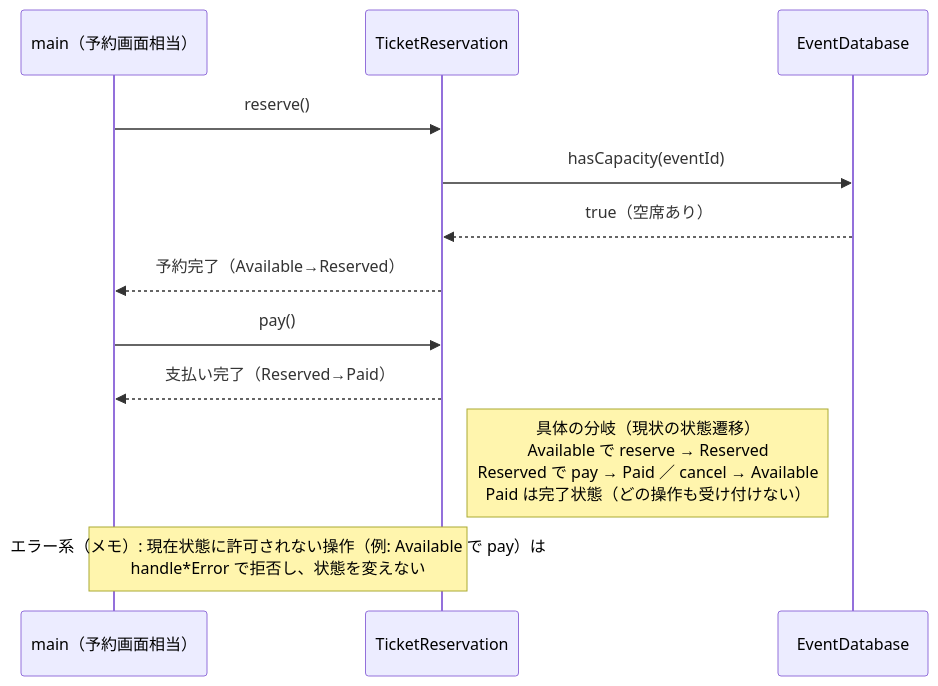
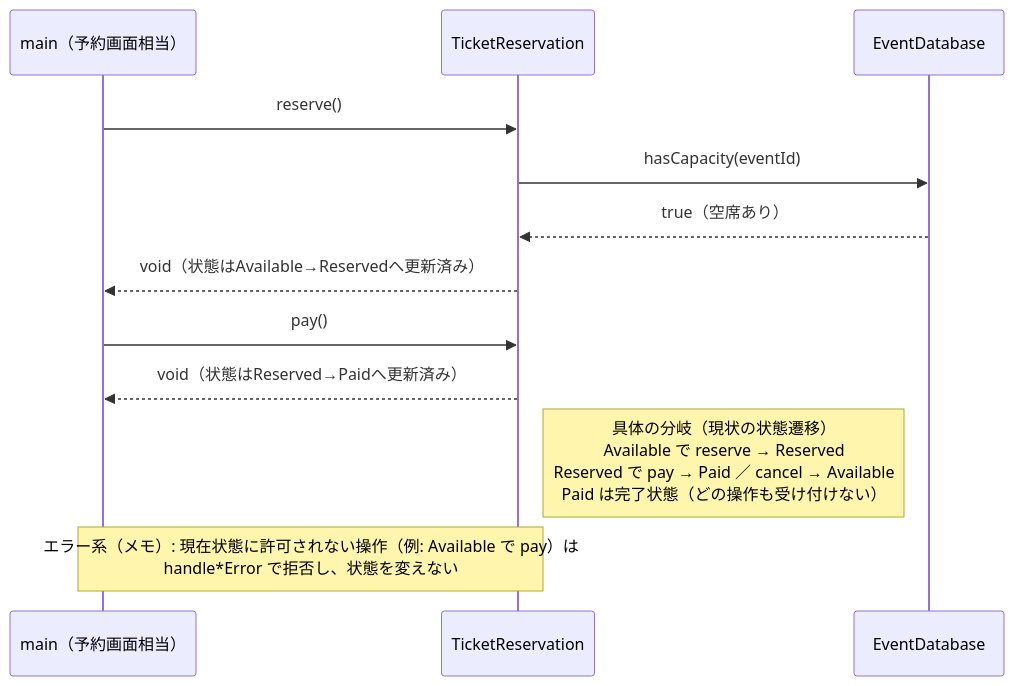
One commit to kumachan1101-pixel/DesignPattern changed the sixth of 22 diagrams in kindle/design-patterns/output/chapter03.md. Above: the diagram before and after it, drawn with Mermaid. The commit also changed other lines of this file and 28 other files, not shown here.

Commit message:
docs: simplify phase 6 design flow

````diff
--- a/kindle/design-patterns/output/chapter03.md
+++ b/kindle/design-patterns/output/chapter03.md
@@ -303,14 +301,14 @@
 ```mermaid
 sequenceDiagram
     participant Main as main（予約画面相当）
     participant TR as TicketReservation
     participant DB as EventDatabase
     Main->>TR: reserve()
     TR->>DB: hasCapacity(eventId)
     DB-->>TR: true（空席あり）
-    TR-->>Main: 予約完了（Available→Reserved）
+    TR-->>Main: void（状態はAvailable→Reservedへ更新済み）
     Main->>TR: pay()
-    TR-->>Main: 支払い完了（Reserved→Paid）
+    TR-->>Main: void（状態はReserved→Paidへ更新済み）
     Note right of TR: 具体の分岐（現状の状態遷移）<br>Available で reserve → Reserved<br>Reserved で pay → Paid ／ cancel → Available<br>Paid は完了状態（どの操作も受け付けない）
     Note over Main,TR: エラー系（メモ）: 現在状態に許可されない操作（例: Available で pay）は<br>handle*Error で拒否し、状態を変えない
 ```
````
